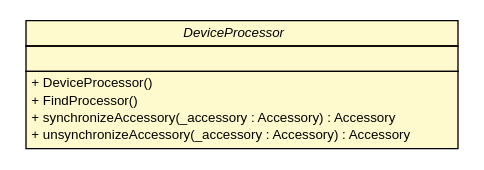
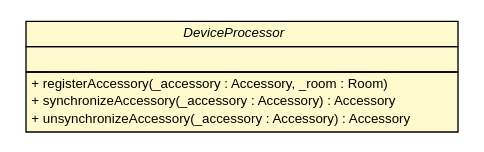
One commit to ericpinet/ConnectLife changed the diagram in javadoc/coreserver/com/connectlife/coreserver/environment/DeviceProcessor.dot. Above: the diagram before and after it, drawn with Graphviz. The commit also changed 217 other files, not shown here.

```diff
--- a/javadoc/coreserver/com/connectlife/coreserver/environment/DeviceProcessor.dot
+++ b/javadoc/coreserver/com/connectlife/coreserver/environment/DeviceProcessor.dot
@@ -1,27 +1,26 @@
 #!/usr/local/bin/dot
 #
 # Class diagram 
 # Generated by UMLGraph version 5.1 (http://www.umlgraph.org/)
 #
 
 digraph G {
 	edge [fontname="Helvetica",fontsize=10,labelfontname="Helvetica",labelfontsize=10];
 	node [fontname="Helvetica",fontsize=10,shape=plaintext];
 	nodesep=0.25;
 	ranksep=0.5;
 	// com.connectlife.coreserver.environment.DeviceProcessor
 	c1264 [label=<<table title="com.connectlife.coreserver.environment.DeviceProcessor" border="0" cellborder="1" cellspacing="0" cellpadding="2" port="p" bgcolor="lemonChiffon" href="./DeviceProcessor.html">
 		<tr><td><table border="0" cellspacing="0" cellpadding="1">
 <tr><td align="center" balign="center"><font face="Helvetica-Oblique"> DeviceProcessor </font></td></tr>
 		</table></td></tr>
 		<tr><td><table border="0" cellspacing="0" cellpadding="1">
 <tr><td align="left" balign="left">  </td></tr>
 		</table></td></tr>
 		<tr><td><table border="0" cellspacing="0" cellpadding="1">
-<tr><td align="left" balign="left"> + DeviceProcessor() </td></tr>
-<tr><td align="left" balign="left"> + FindProcessor() </td></tr>
+<tr><td align="left" balign="left"> + registerAccessory(_accessory : Accessory, _room : Room) </td></tr>
 <tr><td align="left" balign="left"> + synchronizeAccessory(_accessory : Accessory) : Accessory </td></tr>
 <tr><td align="left" balign="left"> + unsynchronizeAccessory(_accessory : Accessory) : Accessory </td></tr>
 		</table></td></tr>
 		</table>>, fontname="Helvetica", fontcolor="black", fontsize=10.0];
 }
```
